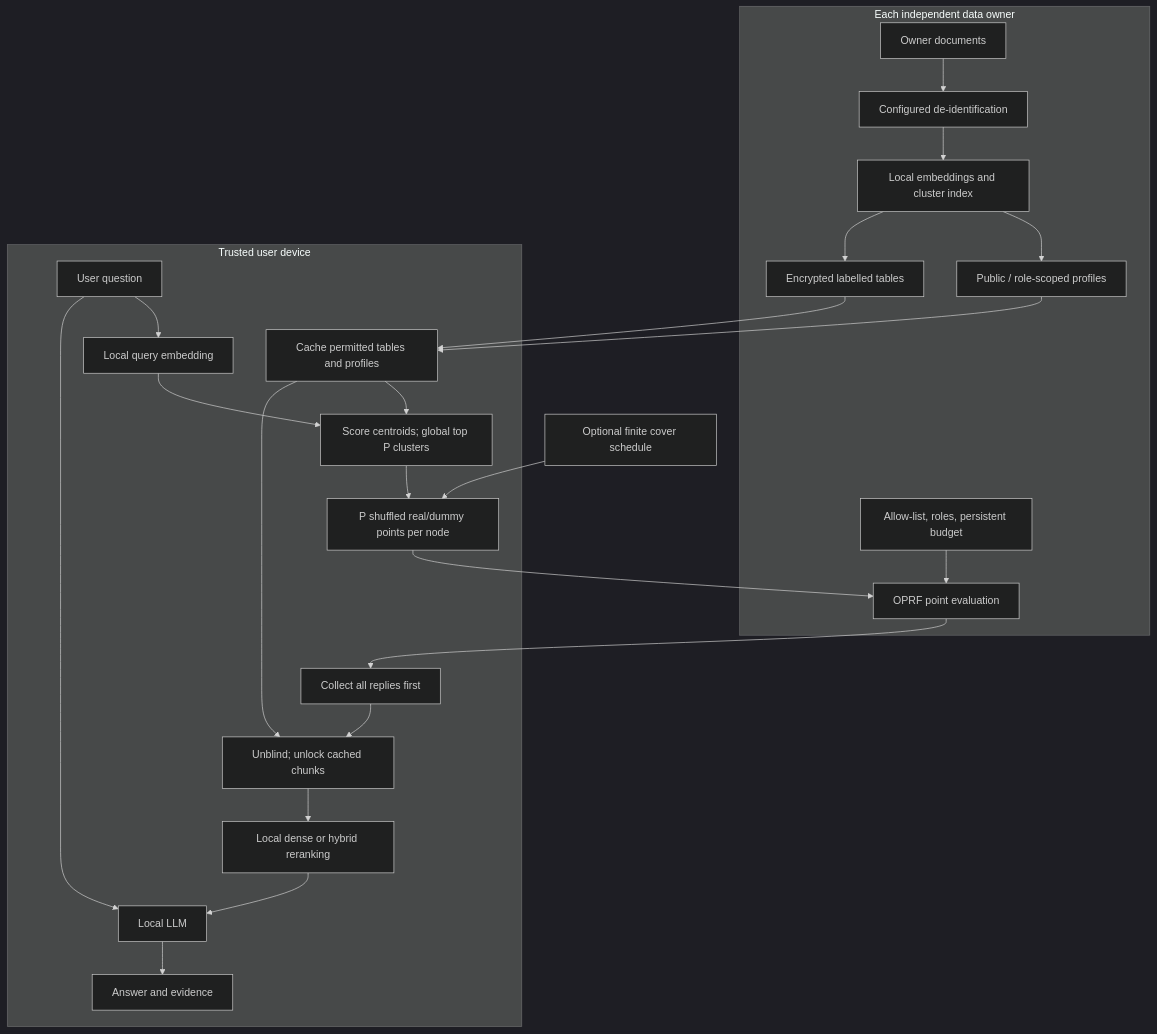
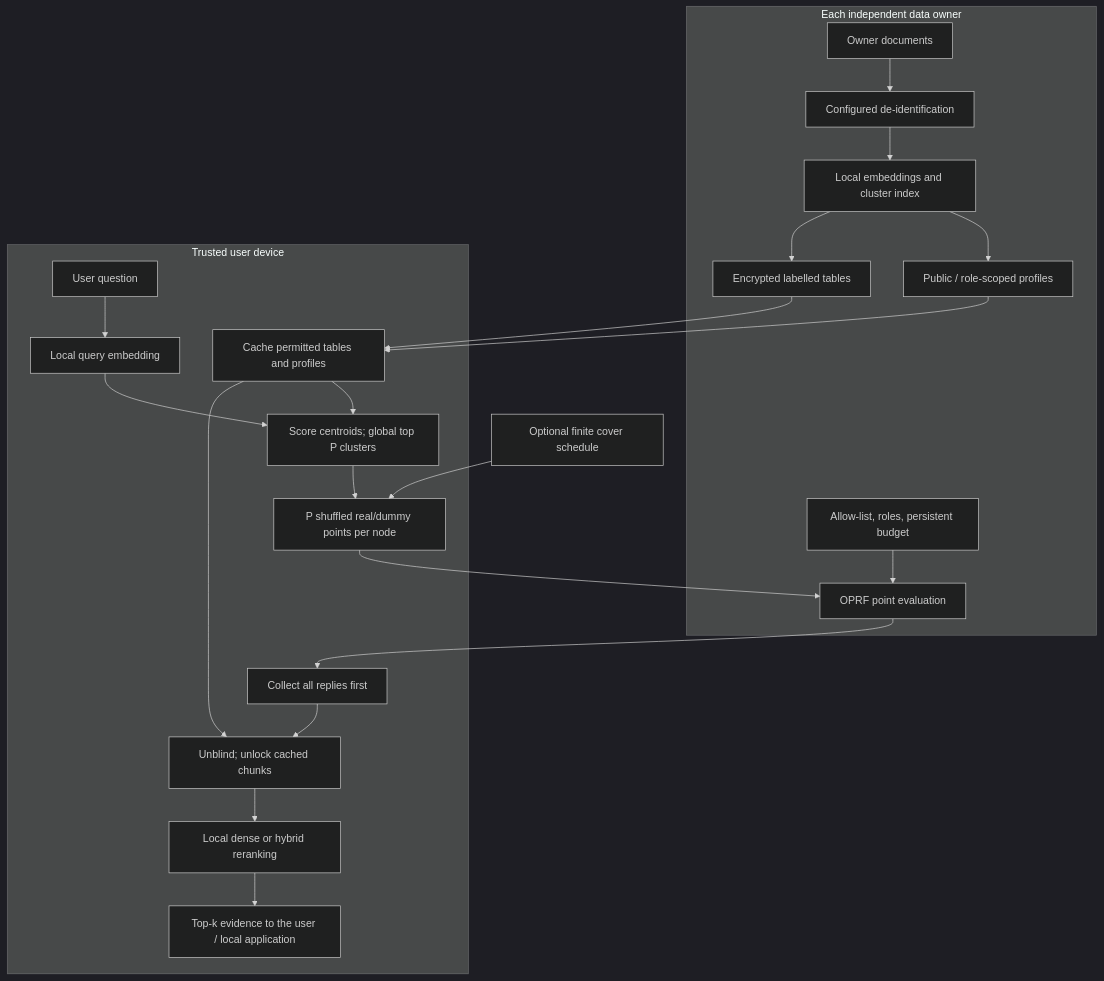
The diagram in knowledge/Architecture.md (Kavishcan/fyp), drawn with Mermaid (dark theme) before and after one commit. The commit also changed other lines of this file and 36 other files, not shown here.

````diff
--- a/knowledge/Architecture.md
+++ b/knowledge/Architecture.md
@@ -10,28 +10,26 @@
 ```mermaid
 flowchart TD
   subgraph NODE["Each independent data owner"]
     D["Owner documents"] --> DI["Configured de-identification"]
     DI --> C["Local embeddings and cluster index"]
     C --> PR["Public / role-scoped profiles"]
     C --> TB["Encrypted labelled tables"]
     AU["Allow-list, roles, persistent budget"] --> EV["OPRF point evaluation"]
   end
   subgraph DEVICE["Trusted user device"]
     CA["Cache permitted tables and profiles"]
     Q["User question"] --> EM["Local query embedding"]
     EM --> PLAN["Score centroids; global top P clusters"]
     CA --> PLAN
     PLAN --> PAD["P shuffled real/dummy points per node"]
     RE["Collect all replies first"] --> UN["Unblind; unlock cached chunks"]
     CA --> UN
     UN --> RR["Local dense or hybrid reranking"]
-    RR --> GEN["Local LLM"]
-    Q --> GEN
-    GEN --> AN["Answer and evidence"]
+    RR --> AN["Top-k evidence to the user / local application"]
   end
   PR --> CA
   TB --> CA
   PAD --> EV
   EV --> RE
   CV["Optional finite cover schedule"] --> PAD
 ```
````
